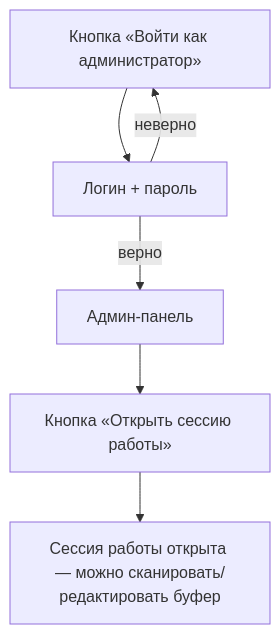
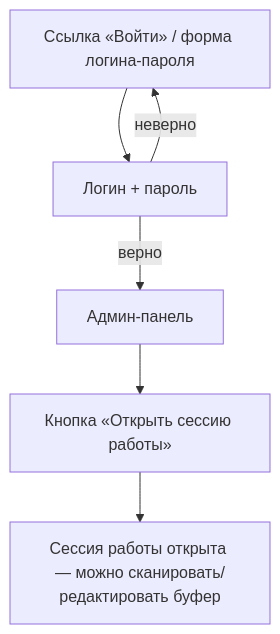
One commit to Unsaint-d/storegizer changed the diagram in docs/access-control.md. Above: the diagram before and after it, drawn with Mermaid. The commit also changed other lines of this file, not shown here.

````diff
--- a/docs/access-control.md
+++ b/docs/access-control.md
@@ -50,8 +58,8 @@
 ```mermaid
 flowchart TD
-    A[Кнопка «Войти как администратор»] --> B[Логин + пароль]
+    A[Ссылка «Войти» / форма логина-пароля] --> B[Логин + пароль]
     B -->|верно| C[Админ-панель]
     B -->|неверно| A
     C --> D[Кнопка «Открыть сессию работы»]
     D --> E[Сессия работы открыта — можно сканировать/редактировать буфер]
 ```
````
